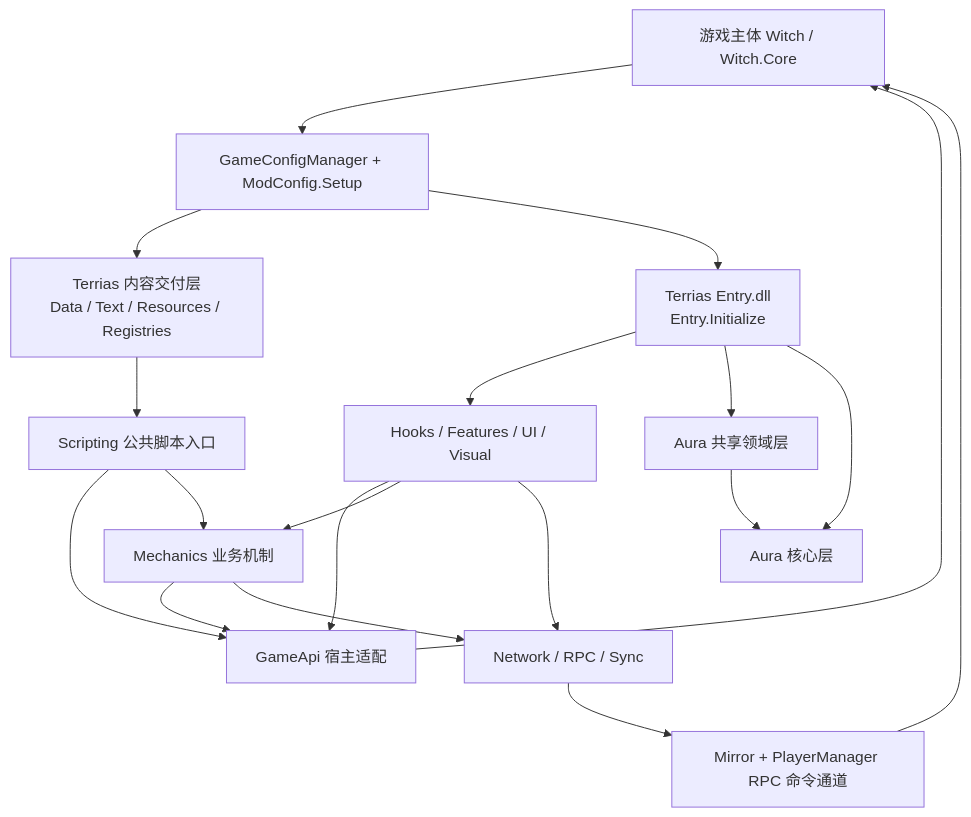
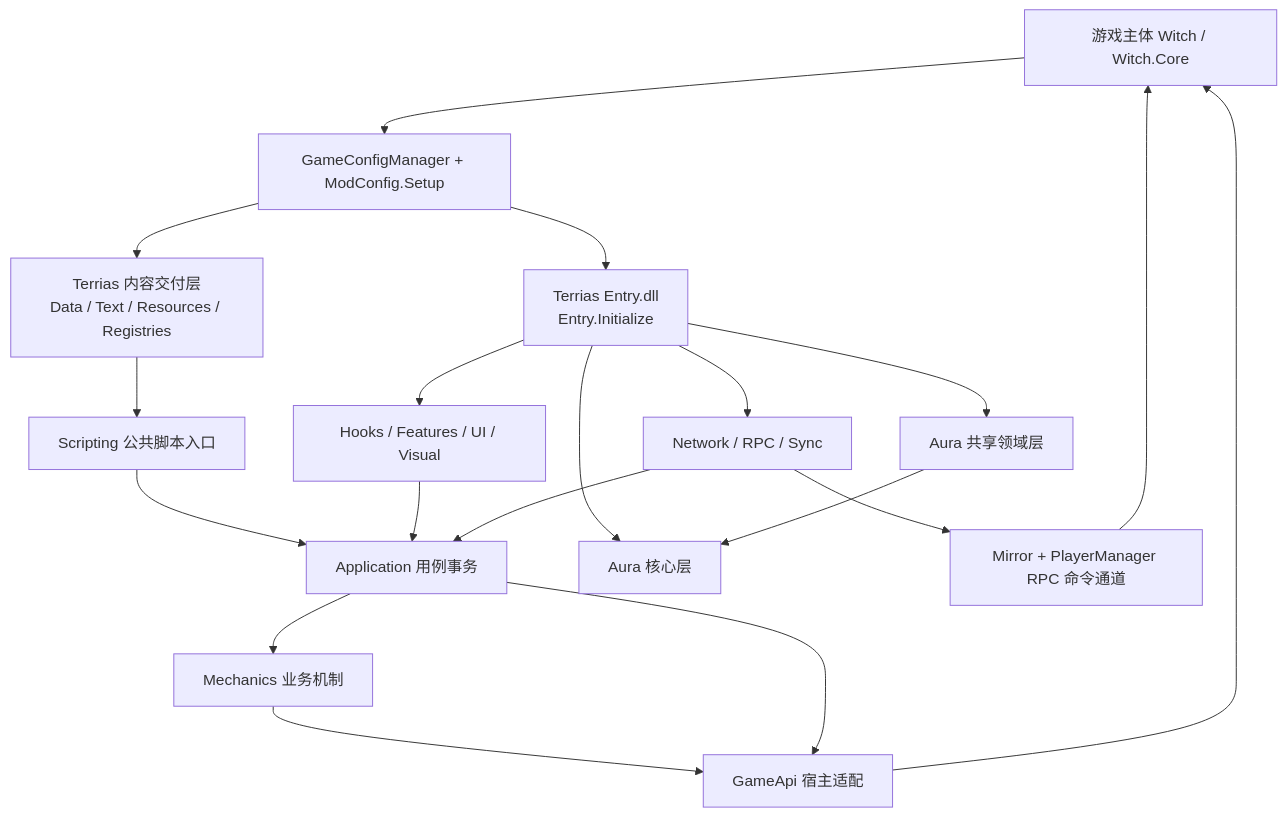
Before and after one commit to AuraKaliya/apocalyptic-journey-mod-SunExp: the first of 2 diagrams in docs/Terrias/01-整体架构与运行全景.md, drawn with Mermaid. The commit also changed other lines of this file and 100 other files, not shown here.

````diff
--- a/docs/Terrias/01-整体架构与运行全景.md
+++ b/docs/Terrias/01-整体架构与运行全景.md
@@ -19,34 +19,35 @@
 ```mermaid
 flowchart TB
     Game["游戏主体 Witch / Witch.Core"]
     Loader["GameConfigManager + ModConfig.Setup"]
     Content["Terrias 内容交付层\nData / Text / Resources / Registries"]
     Entry["Terrias Entry.dll\nEntry.Initialize"]
     Scripts["Scripting 公共脚本入口"]
     Api["GameApi 宿主适配"]
     Mechanics["Mechanics 业务机制"]
+    Application["Application 用例事务"]
     Runtime["Hooks / Features / UI / Visual"]
     Network["Network / RPC / Sync"]
     SharedDomain["Aura 共享领域层"]
     SharedCore["Aura 核心层"]
     Mirror["Mirror + PlayerManager RPC 命令通道"]
 
     Game --> Loader
     Loader --> Content
     Loader --> Entry
     Content --> Scripts
-    Scripts --> Api
-    Scripts --> Mechanics
+    Scripts --> Application
     Api --> Game
     Mechanics --> Api
+    Application --> Mechanics
+    Application --> Api
     Entry --> Runtime
-    Runtime --> Api
-    Runtime --> Mechanics
+    Entry --> Network
+    Runtime --> Application
     Entry --> SharedDomain
     Entry --> SharedCore
     SharedDomain --> SharedCore
-    Runtime --> Network
-    Mechanics --> Network
+    Network --> Application
     Network --> Mirror
     Mirror --> Game
 ```
````
